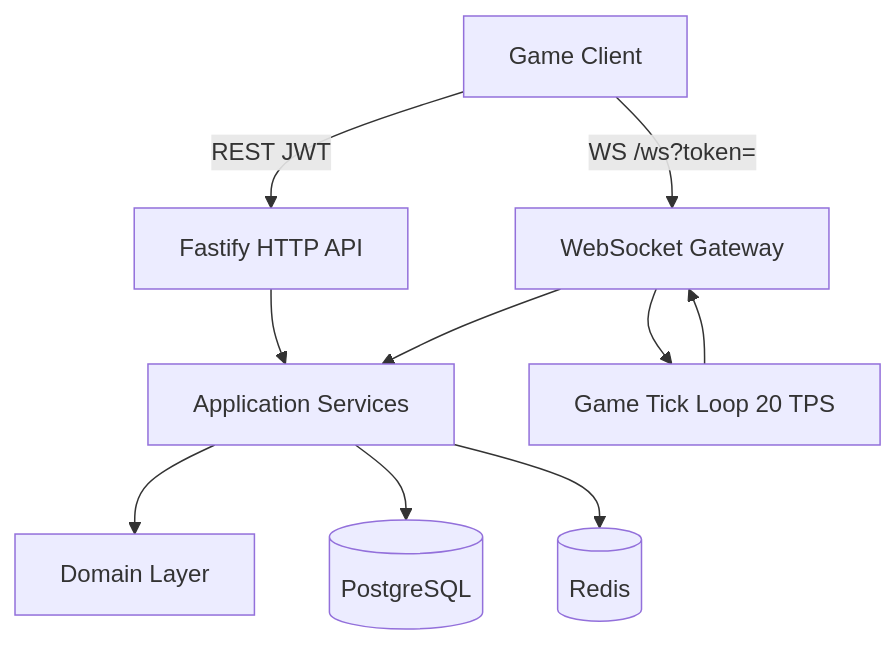
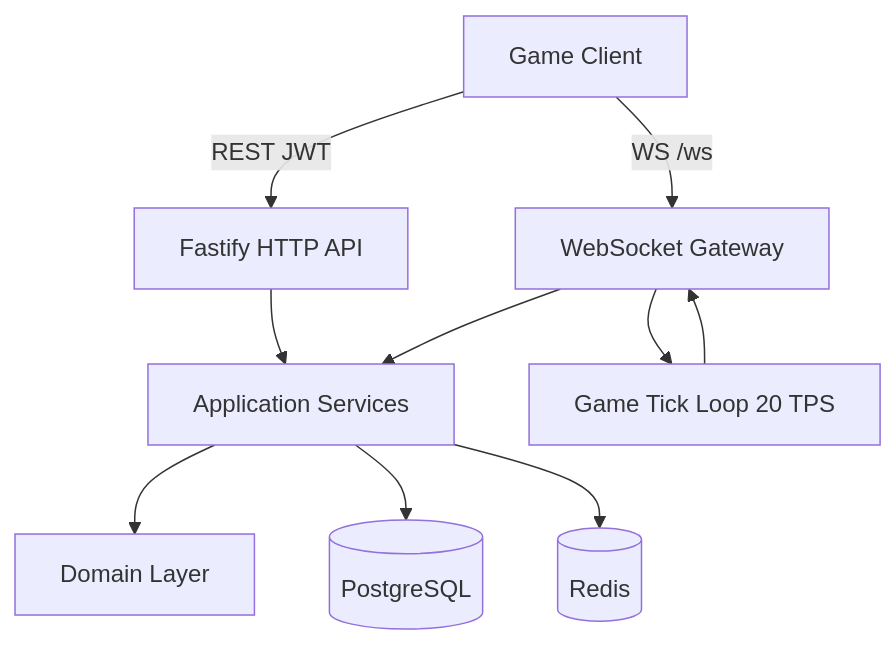
Before and after one commit to kaosa-dev/realtime-game-server: the first of 4 diagrams in README.md, drawn with Mermaid. The commit also changed other lines of this file, not shown here.

````diff
--- a/README.md
+++ b/README.md
@@ -135,21 +90,21 @@
 ```mermaid
 flowchart TB
   Client[Game Client]
   API[Fastify HTTP API]
   WS[WebSocket Gateway]
   App[Application Services]
   Domain[Domain Layer]
   PG[(PostgreSQL)]
   Redis[(Redis)]
   Loop[Game Tick Loop 20 TPS]
 
   Client -->|REST JWT| API
-  Client -->|WS /ws?token=| WS
+  Client -->|WS /ws| WS
   API --> App
   WS --> App
   WS --> Loop
   App --> Domain
   App --> PG
   App --> Redis
   Loop --> WS
 ```
````
